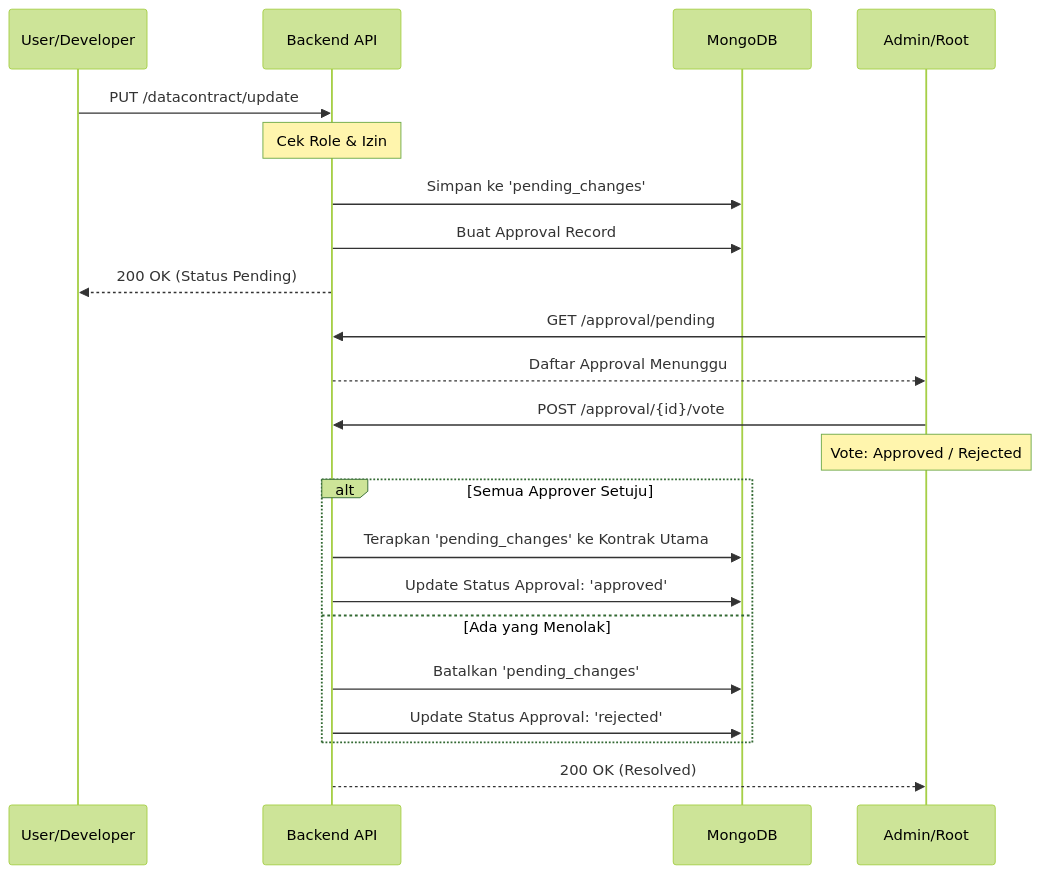
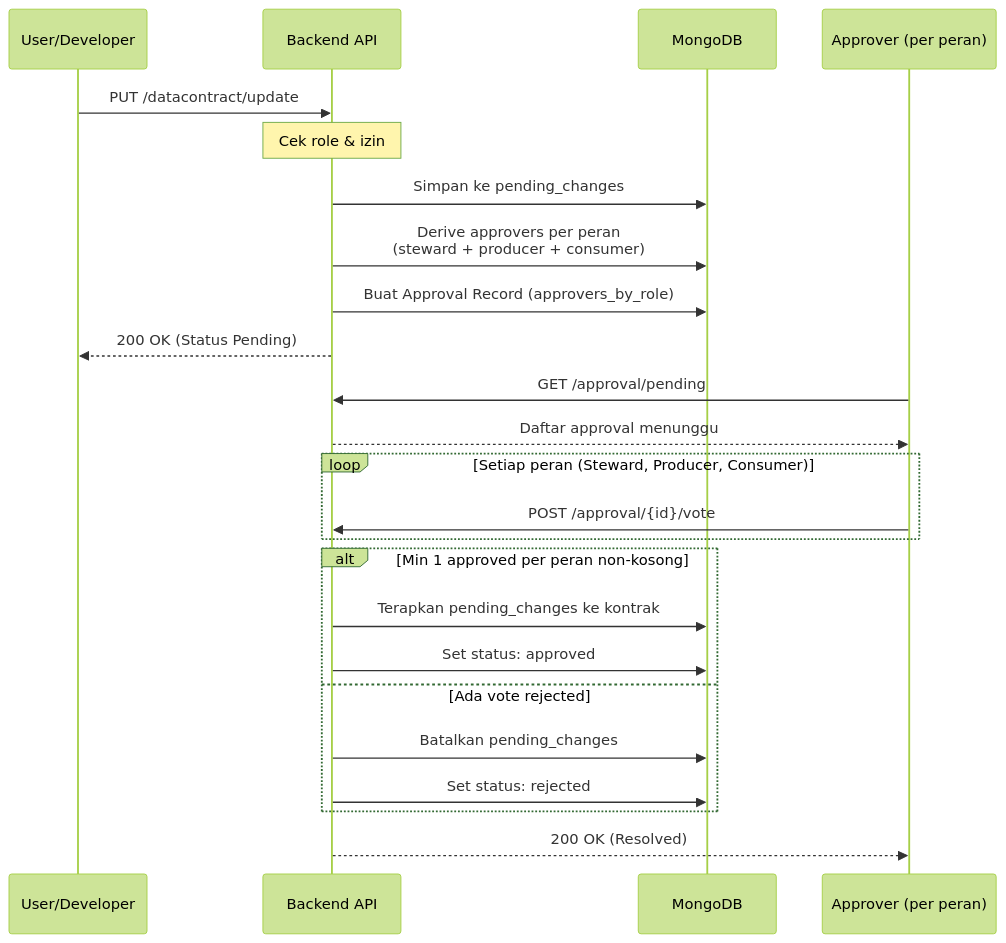
One commit to alamanda-projects/beescout changed the diagram in docs/approval_workflow.md. Above: the diagram before and after it, drawn with Mermaid (forest theme). The commit also changed other lines of this file and 7 other files, not shown here.

First line of the commit message:
feat(approval): konsensus multi-peran Steward+Producer+Consumer (#27, PR1 backend) (#70)

````diff
--- a/docs/approval_workflow.md
+++ b/docs/approval_workflow.md
@@ -7,29 +9,31 @@
 ```mermaid
 sequenceDiagram
     participant User as User/Developer
     participant API as Backend API
     participant DB as MongoDB
-    participant Admin as Admin/Root
+    participant Approvers as Approver (per peran)
 
     User->>API: PUT /datacontract/update
-    Note over API: Cek Role & Izin
-    API->>DB: Simpan ke 'pending_changes'
-    API->>DB: Buat Approval Record
+    Note over API: Cek role & izin
+    API->>DB: Simpan ke pending_changes
+    API->>DB: Derive approvers per peran<br/>(steward + producer + consumer)
+    API->>DB: Buat Approval Record (approvers_by_role)
     API-->>User: 200 OK (Status Pending)
-    
-    Admin->>API: GET /approval/pending
-    API-->>Admin: Daftar Approval Menunggu
-    
-    Admin->>API: POST /approval/{id}/vote
-    Note over Admin: Vote: Approved / Rejected
-    
-    alt Semua Approver Setuju
-        API->>DB: Terapkan 'pending_changes' ke Kontrak Utama
-        API->>DB: Update Status Approval: 'approved'
-    else Ada yang Menolak
-        API->>DB: Batalkan 'pending_changes'
-        API->>DB: Update Status Approval: 'rejected'
+
+    Approvers->>API: GET /approval/pending
+    API-->>Approvers: Daftar approval menunggu
+
+    loop Setiap peran (Steward, Producer, Consumer)
+        Approvers->>API: POST /approval/{id}/vote
     end
-    
-    API-->>Admin: 200 OK (Resolved)
+
+    alt Min 1 approved per peran non-kosong
+        API->>DB: Terapkan pending_changes ke kontrak
+        API->>DB: Set status: approved
+    else Ada vote rejected
+        API->>DB: Batalkan pending_changes
+        API->>DB: Set status: rejected
+    end
+
+    API-->>Approvers: 200 OK (Resolved)
 ```
````
